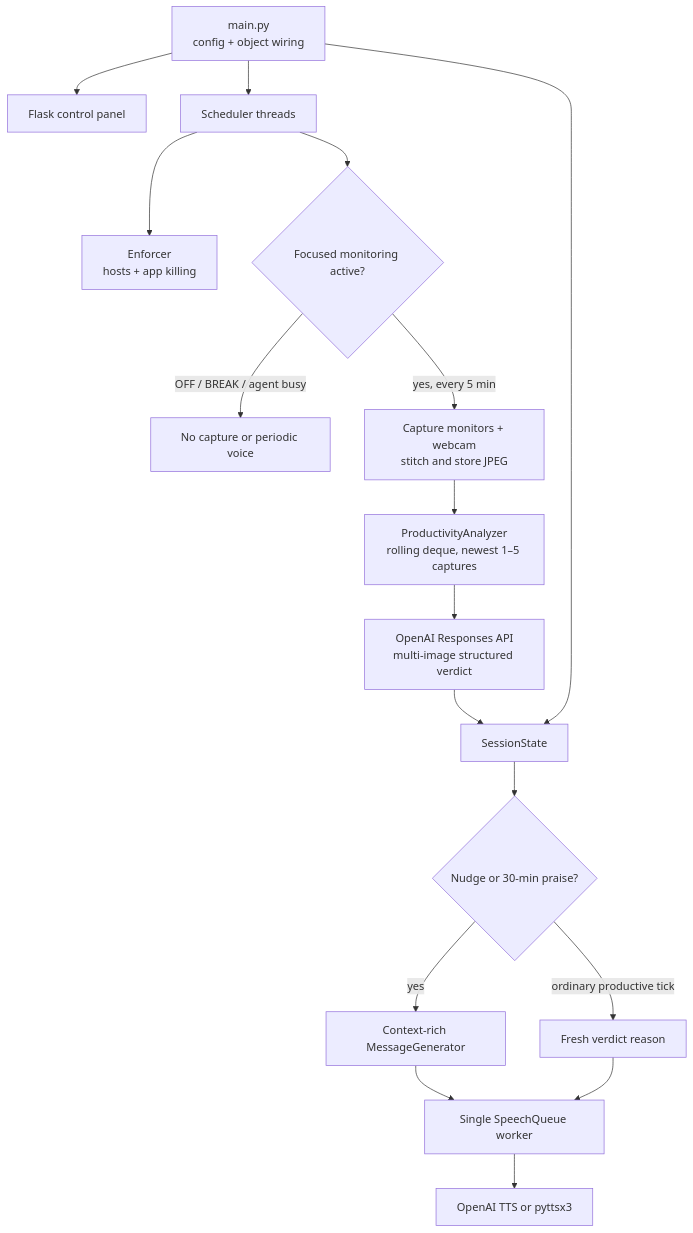
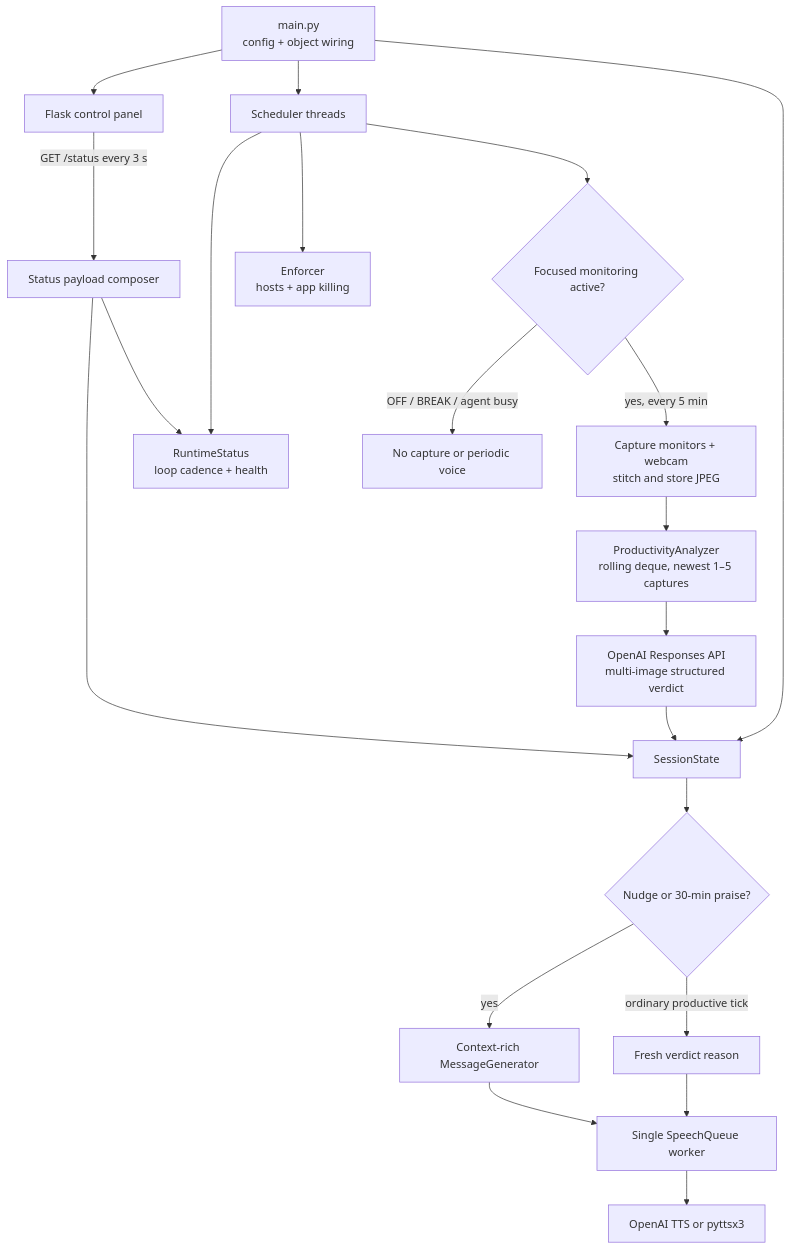
Before and after one commit to BurnyCoder/deep-work-jarvis-waifu-supervisor: the diagram in README.md, drawn with Mermaid. The commit also changed other lines of this file and 1 other file, not shown here.

````diff
--- a/README.md
+++ b/README.md
@@ -68,19 +71,23 @@
 ```mermaid
 flowchart TD
     Main["main.py<br/>config + object wiring"] --> UI["Flask control panel"]
     Main --> Scheduler["Scheduler threads"]
     Main --> State["SessionState"]
+    UI -- "GET /status every 3 s" --> Status["Status payload composer"]
+    Status --> State
+    Status --> Runtime["RuntimeStatus<br/>loop cadence + health"]
+    Scheduler --> Runtime
     Scheduler --> Enforcer["Enforcer<br/>hosts + app killing"]
     Scheduler --> Gate{"Focused monitoring active?"}
     Gate -- "OFF / BREAK / agent busy" --> Quiet["No capture or periodic voice"]
     Gate -- "yes, every 5 min" --> Capture["Capture monitors + webcam<br/>stitch and store JPEG"]
     Capture --> Window["ProductivityAnalyzer<br/>rolling deque, newest 1–5 captures"]
     Window --> Vision["OpenAI Responses API<br/>multi-image structured verdict"]
     Vision --> State
     State --> Outcome{"Nudge or 30-min praise?"}
     Outcome -- "yes" --> Message["Context-rich MessageGenerator"]
     Outcome -- "ordinary productive tick" --> Reason["Fresh verdict reason"]
     Message --> Speech["Single SpeechQueue worker"]
     Reason --> Speech
     Speech --> TTS["OpenAI TTS or pyttsx3"]
 ```
````
